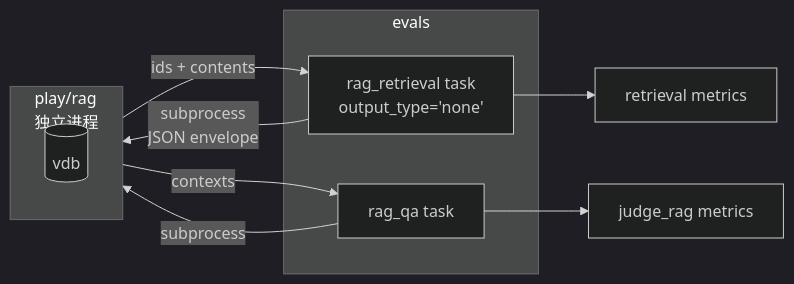
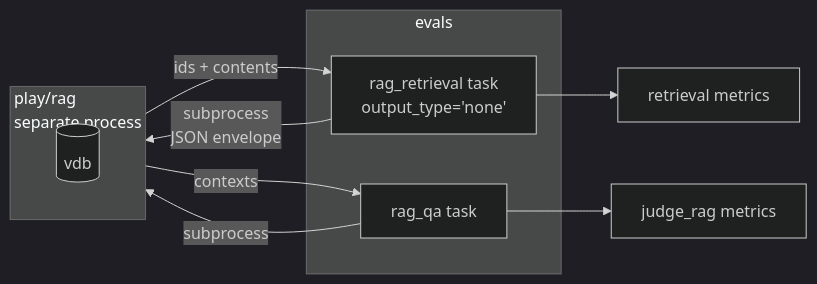
The fourth of 10 diagrams in play/evals/DECISIONS.md (AndyUneducated/alchemy), drawn with Mermaid (dark theme) before and after one commit. The commit also changed other lines of this file and 197 other files, not shown here.

````diff
--- a/play/evals/DECISIONS.md
+++ b/play/evals/DECISIONS.md
@@ -192,16 +192,16 @@
 ```mermaid
 flowchart LR
     subgraph evals
       RT[rag_retrieval task<br/>output_type='none']
       RQ[rag_qa task]
     end
-    subgraph rag[play/rag<br/>独立进程]
+    subgraph rag[play/rag<br/>separate process]
       VDB[(vdb)]
     end
     RT -->|subprocess<br/>JSON envelope| rag
     RQ -->|subprocess| rag
     rag -->|ids + contents| RT
     rag -->|contexts| RQ
     RT --> RM[retrieval metrics]
     RQ --> JR[judge_rag metrics]
 ```
````
